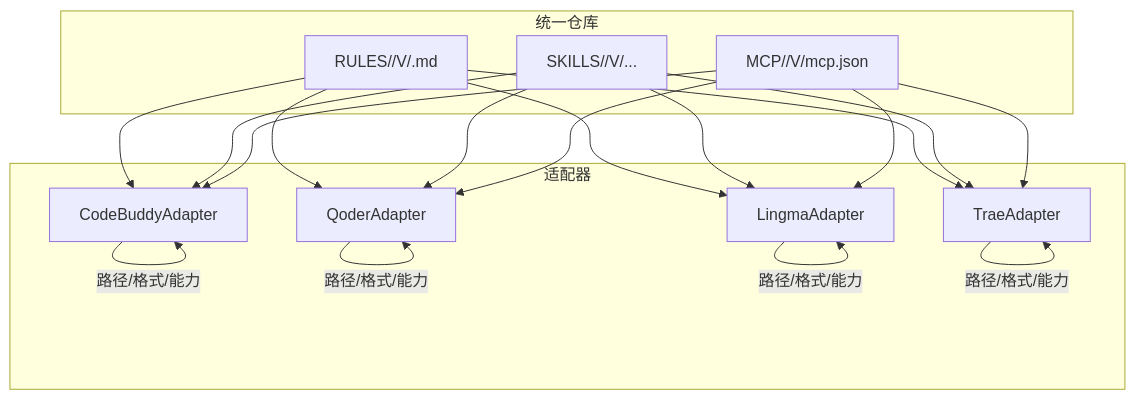
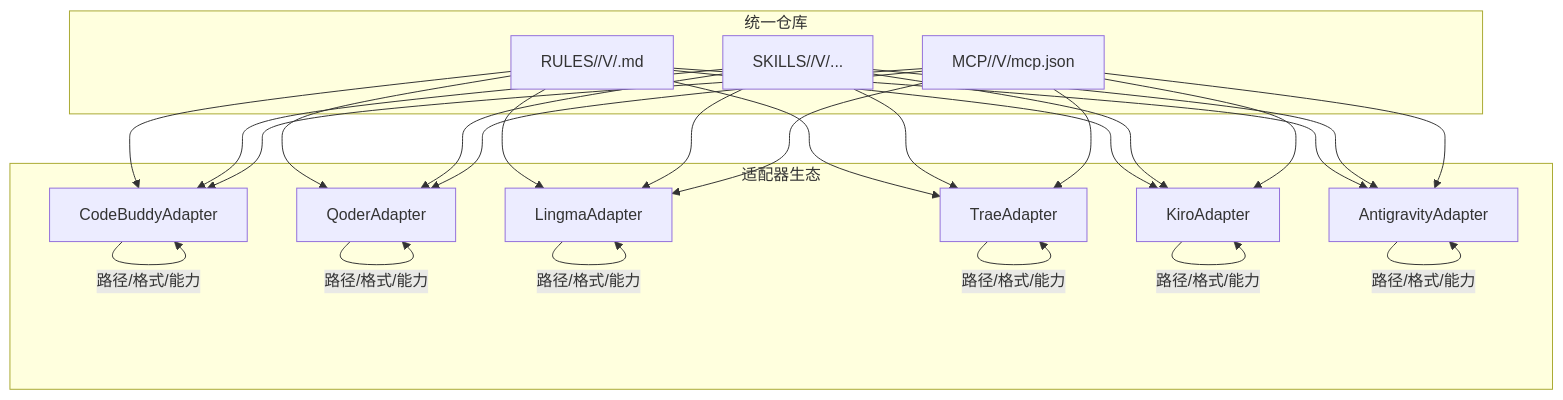
The first of 6 diagrams in .qoder/repowiki/zh/content/核心概念/AI IDE配置类型.md (MapleWan/MSR), drawn with Mermaid before and after one commit. The commit also changed other lines of this file and 3 other files, not shown here.

````diff
--- a/.qoder/repowiki/zh/content/核心概念/AI IDE配置类型.md
+++ b/.qoder/repowiki/zh/content/核心概念/AI IDE配置类型.md
@@ -47,30 +61,40 @@
 ```mermaid
 graph TB
 subgraph "统一仓库"
 R["RULES/<name>/V<n>/<name>.md"]
 S["SKILLS/<name>/V<n>/..."]
 M["MCP/<name>/V<n>/mcp.json"]
 end
-subgraph "适配器"
+subgraph "适配器生态"
 CB["CodeBuddyAdapter"]
 QD["QoderAdapter"]
 LM["LingmaAdapter"]
 TR["TraeAdapter"]
+KI["KiroAdapter"]
+AG["AntigravityAdapter"]
 end
 CB --> |"路径/格式/能力"| CB
 QD --> |"路径/格式/能力"| QD
 LM --> |"路径/格式/能力"| LM
 TR --> |"路径/格式/能力"| TR
+KI --> |"路径/格式/能力"| KI
+AG --> |"路径/格式/能力"| AG
 R --> CB
 R --> QD
 R --> LM
 R --> TR
+R --> KI
+R --> AG
 S --> CB
 S --> QD
 S --> LM
 S --> TR
+S --> KI
+S --> AG
 M --> CB
 M --> QD
 M --> LM
 M --> TR
+M --> KI
+M --> AG
 ```
````
